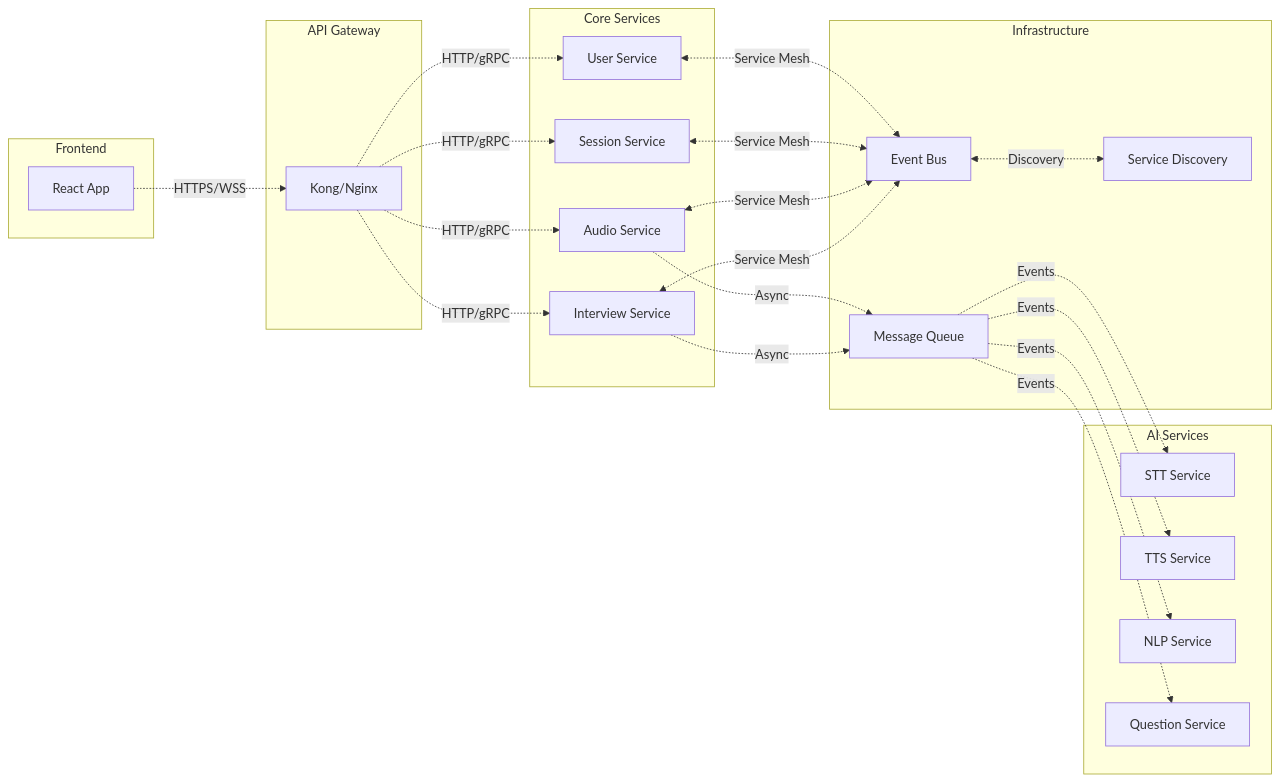
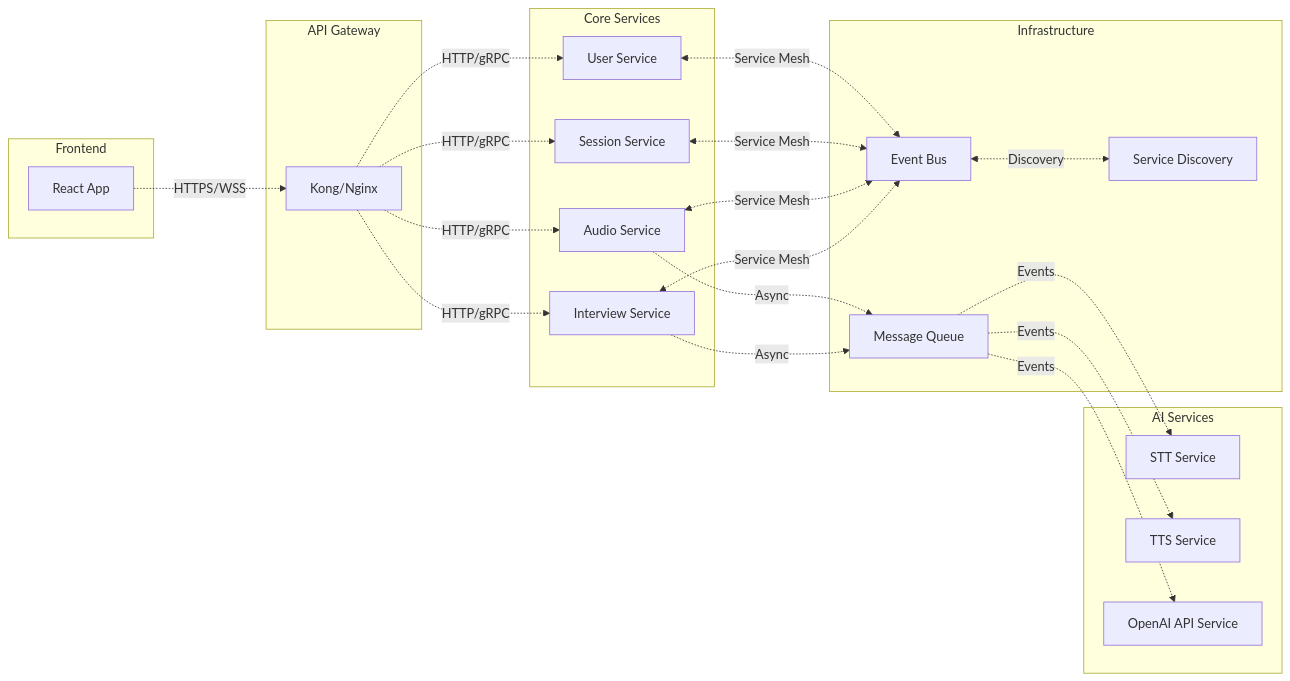
The eighth of 9 diagrams in System_Flow_Diagrams.md (Harsh-31/test-cursor), drawn with Mermaid before and after one commit. The commit also changed other lines of this file and 1 other file, not shown here.

Commit message:
Refactor system architecture to use OpenAI API for NLP tasks

````diff
--- a/System_Flow_Diagrams.md
+++ b/System_Flow_Diagrams.md
@@ -293,51 +281,49 @@
 ```mermaid
 graph LR
     subgraph "Frontend"
         A[React App]
     end
     
     subgraph "API Gateway"
         B[Kong/Nginx]
     end
     
     subgraph "Core Services"
         C[Interview Service]
         D[Audio Service]
         E[Session Service]
         F[User Service]
     end
     
     subgraph "AI Services"
         G[STT Service]
         H[TTS Service]
-        I[NLP Service]
-        J[Question Service]
+        I[OpenAI API Service]
     end
     
     subgraph "Infrastructure"
         K[Message Queue]
         L[Event Bus]
         M[Service Discovery]
     end
     
     A -.->|HTTPS/WSS| B
     B -.->|HTTP/gRPC| C
     B -.->|HTTP/gRPC| D
     B -.->|HTTP/gRPC| E
     B -.->|HTTP/gRPC| F
     
     C -.->|Async| K
     D -.->|Async| K
     
     K -.->|Events| G
     K -.->|Events| H
     K -.->|Events| I
-    K -.->|Events| J
     
     C <-.->|Service Mesh| L
     D <-.->|Service Mesh| L
     E <-.->|Service Mesh| L
     F <-.->|Service Mesh| L
     
     L <-.->|Discovery| M
 ```
````
